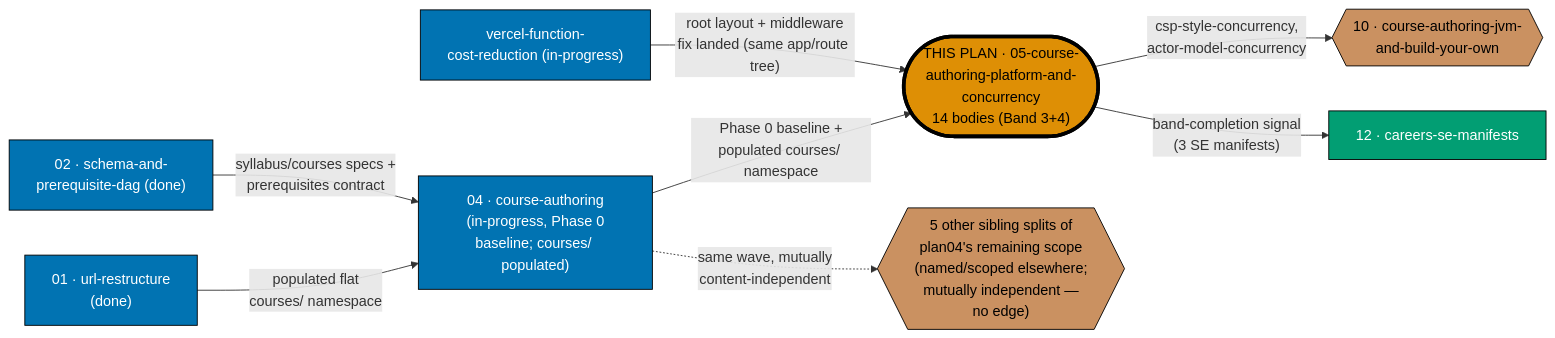
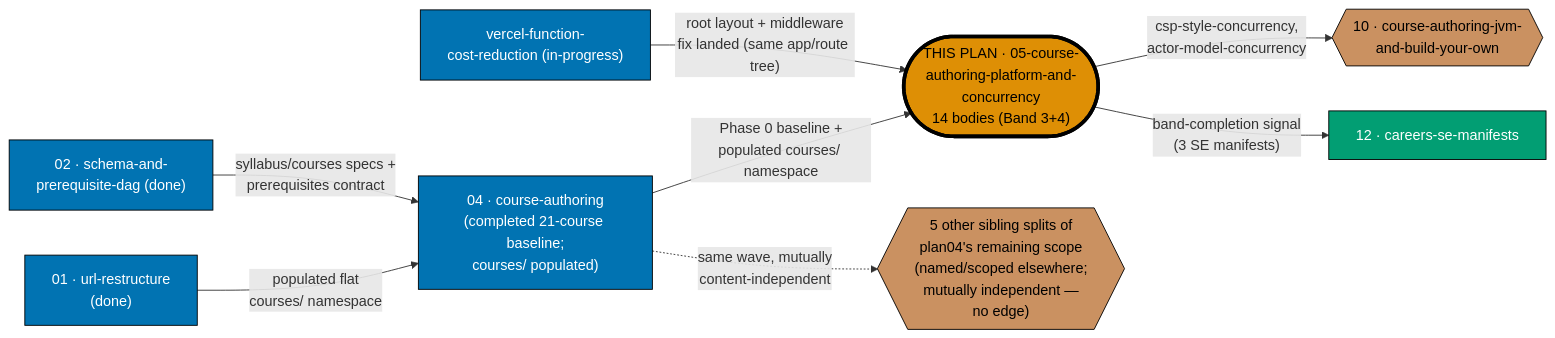
Before and after one commit to wahidyankf/open-sharia-fintech: the diagram in plans/backlog/ayokoding-learning-path-05-course-authoring-platform-and-concurrency/README.md, drawn with Mermaid. The commit also changed other lines of this file and 11 other files, not shown here.

````diff
--- a/plans/backlog/ayokoding-learning-path-05-course-authoring-platform-and-concurrency/README.md
+++ b/plans/backlog/ayokoding-learning-path-05-course-authoring-platform-and-concurrency/README.md
@@ -72,30 +72,30 @@
 ```mermaid
 %% This plan's position among plan04's course-authoring content and its known dependents.
 %% Node SHAPE encodes plan kind: rectangle = upstream architecture plan, hexagon = sibling
 %% course-authoring content plan, stadium = this plan, parallelogram = downstream consumer.
 %% The doubled border marks this plan.
 flowchart LR
     P1["01 · url-restructure<br/>(done)"]:::upstream
     P2["02 · schema-and-<br/>prerequisite-dag (done)"]:::upstream
-    P4["04 · course-authoring<br/>(in-progress, Phase 0<br/>baseline; courses/ populated)"]:::upstream
+    P4["04 · course-authoring<br/>(completed 21-course baseline;<br/>courses/ populated)"]:::upstream
     VFR["vercel-function-<br/>cost-reduction (in-progress)"]:::upstream
 
     THIS(["THIS PLAN · 05-course-<br/>authoring-platform-and-<br/>concurrency<br/>14 bodies (Band 3+4)"]):::this
 
     OTHER{{"5 other sibling splits of<br/>plan04's remaining scope<br/>(named/scoped elsewhere;<br/>mutually independent —<br/>no edge)"}}:::sibling
     P10{{"10 · course-authoring-jvm-<br/>and-build-your-own"}}:::sibling
     P12["12 · careers-se-manifests"]:::downstream
 
     P1 -->|"populated flat<br/>courses/ namespace"| P4
     P2 -->|"syllabus/courses specs +<br/>prerequisites contract"| P4
     P4 -->|"Phase 0 baseline +<br/>populated courses/ namespace"| THIS
     VFR -->|"root layout + middleware<br/>fix landed (same app/route tree)"| THIS
     THIS -->|"csp-style-concurrency,<br/>actor-model-concurrency"| P10
     THIS -->|"band-completion signal<br/>(3 SE manifests)"| P12
     P4 -.->|"same wave, mutually<br/>content-independent"| OTHER
 
     classDef upstream fill:#0173B2,stroke:#000000,color:#FFFFFF
     classDef this fill:#DE8F05,stroke:#000000,color:#000000,stroke-width:4px
     classDef sibling fill:#CA9161,stroke:#000000,color:#000000
     classDef downstream fill:#029E73,stroke:#000000,color:#FFFFFF
 ```
````
